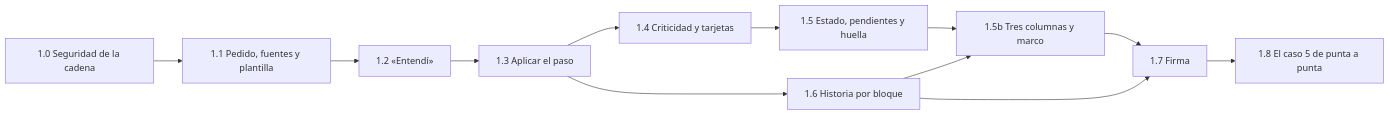
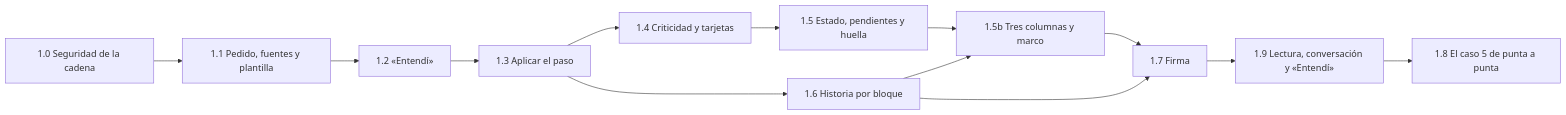
Before and after one commit to LaurenteEber/tupaqnin: the second of 2 diagrams in docs/construccion/backlog-r1.md, drawn with Mermaid. The commit also changed other lines of this file and 19 other files, not shown here.

````diff
--- a/docs/construccion/backlog-r1.md
+++ b/docs/construccion/backlog-r1.md
@@ -67,14 +71,15 @@
 ```mermaid
 flowchart LR
   P0["1.0 Seguridad de la cadena"] --> P1
   P1["1.1 Pedido, fuentes y plantilla"] --> P2["1.2 «Entendí»"]
   P2 --> P3["1.3 Aplicar el paso"]
   P3 --> P4["1.4 Criticidad y tarjetas"]
   P3 --> P6["1.6 Historia por bloque"]
   P4 --> P5["1.5 Estado, pendientes y huella"]
   P5 --> P5b["1.5b Tres columnas y marco"]
   P6 --> P5b
   P5b --> P7["1.7 Firma"]
   P6 --> P7
-  P7 --> P8["1.8 El caso 5 de punta a punta"]
+  P7 --> P9["1.9 Lectura, conversación y «Entendí»"]
+  P9 --> P8["1.8 El caso 5 de punta a punta"]
 ```
````
